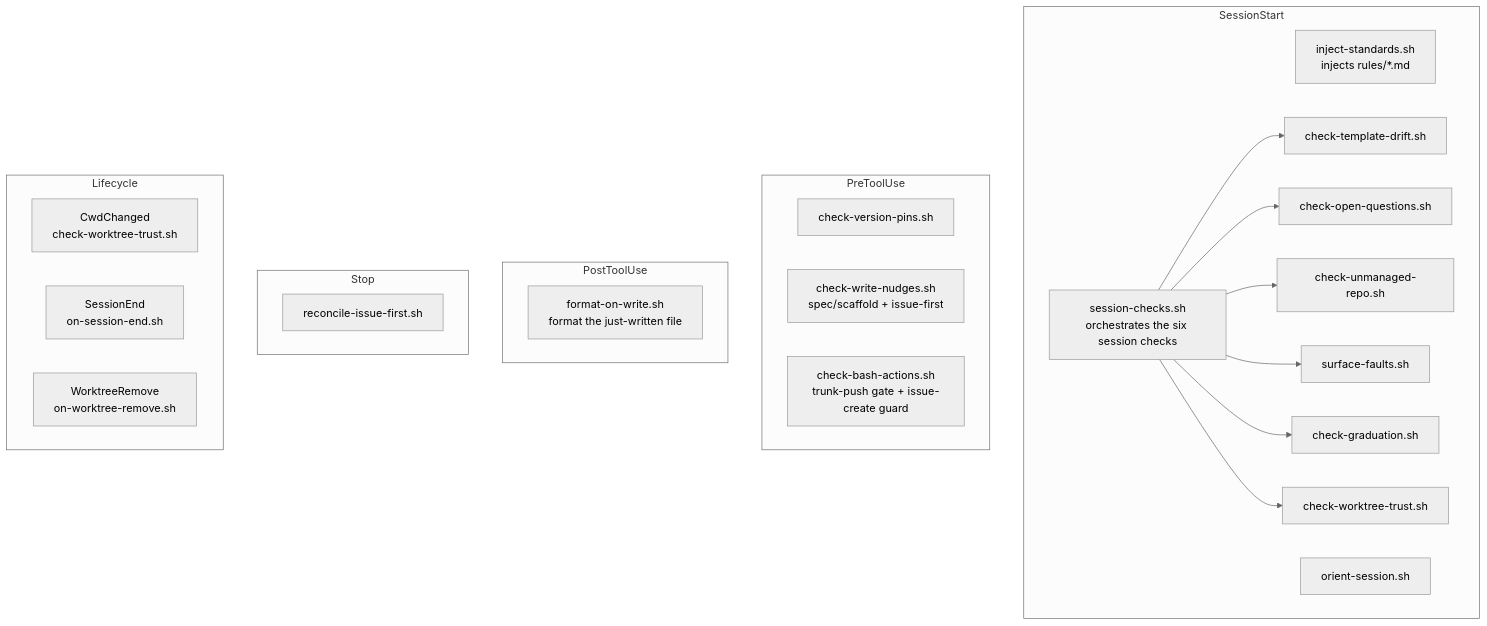
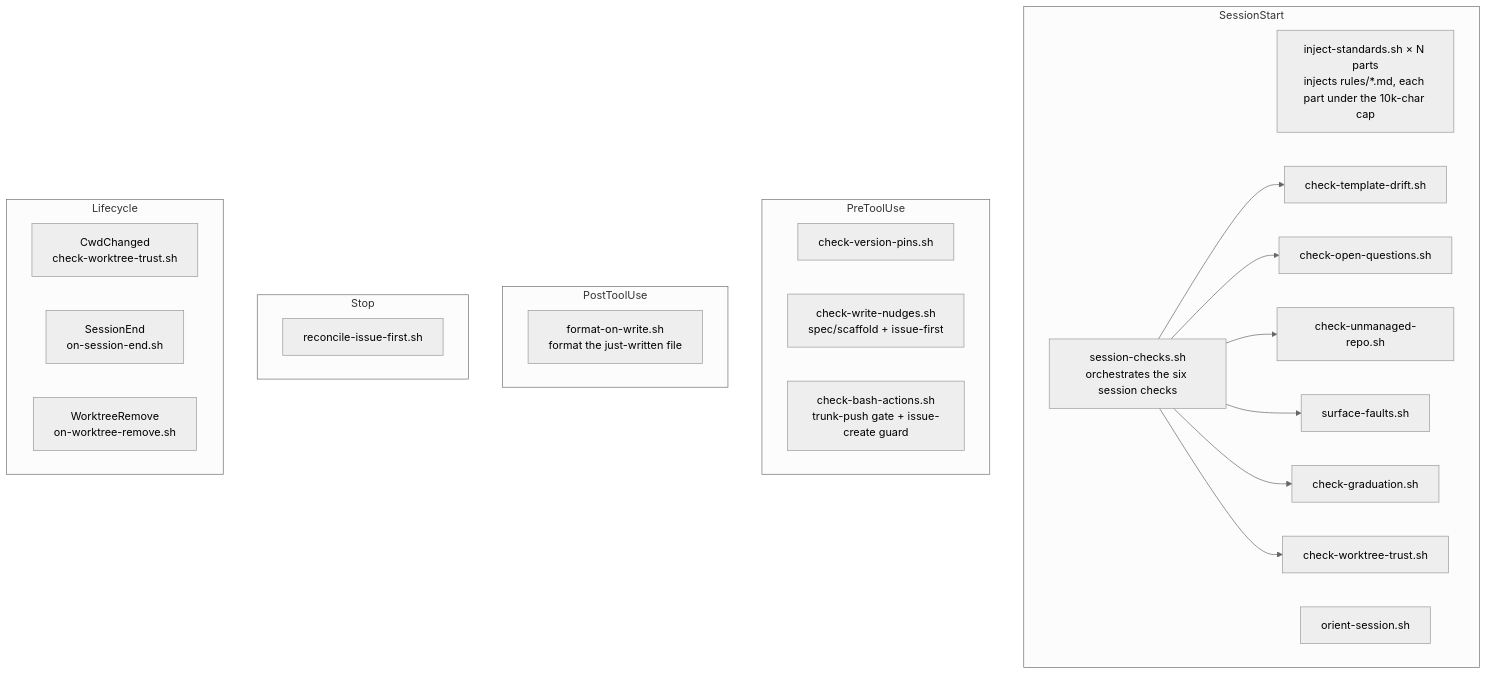
Before and after one commit to element22llc/e22-plugins: the diagram in docs/reference/hooks.md, drawn with Mermaid (neutral theme). The commit also changed other lines of this file and 8 other files, not shown here.

````diff
--- a/docs/reference/hooks.md
+++ b/docs/reference/hooks.md
@@ -53,30 +53,30 @@
 ```mermaid
 flowchart TD
     subgraph SessionStart
-      inject[inject-standards.sh<br/>injects rules/*.md]
+      inject[inject-standards.sh × N parts<br/>injects rules/*.md, each part under the 10k-char cap]
       checks[session-checks.sh<br/>orchestrates the six session checks]
       orient[orient-session.sh]
       checks --> drift[check-template-drift.sh]
       checks --> oq[check-open-questions.sh]
       checks --> unmanaged[check-unmanaged-repo.sh]
       checks --> faults[surface-faults.sh]
       checks --> grad[check-graduation.sh]
       checks --> wt[check-worktree-trust.sh]
     end
     subgraph PreToolUse
       pins[check-version-pins.sh]
       wn[check-write-nudges.sh<br/>spec/scaffold + issue-first]
       ba[check-bash-actions.sh<br/>trunk-push gate + issue-create guard]
     end
     subgraph PostToolUse
       fmt[format-on-write.sh<br/>format the just-written file]
     end
     subgraph Stop
       reconcile[reconcile-issue-first.sh]
     end
     subgraph Lifecycle
       cwd[CwdChanged<br/>check-worktree-trust.sh]
       send[SessionEnd<br/>on-session-end.sh]
       wtr[WorktreeRemove<br/>on-worktree-remove.sh]
     end
 ```
````
